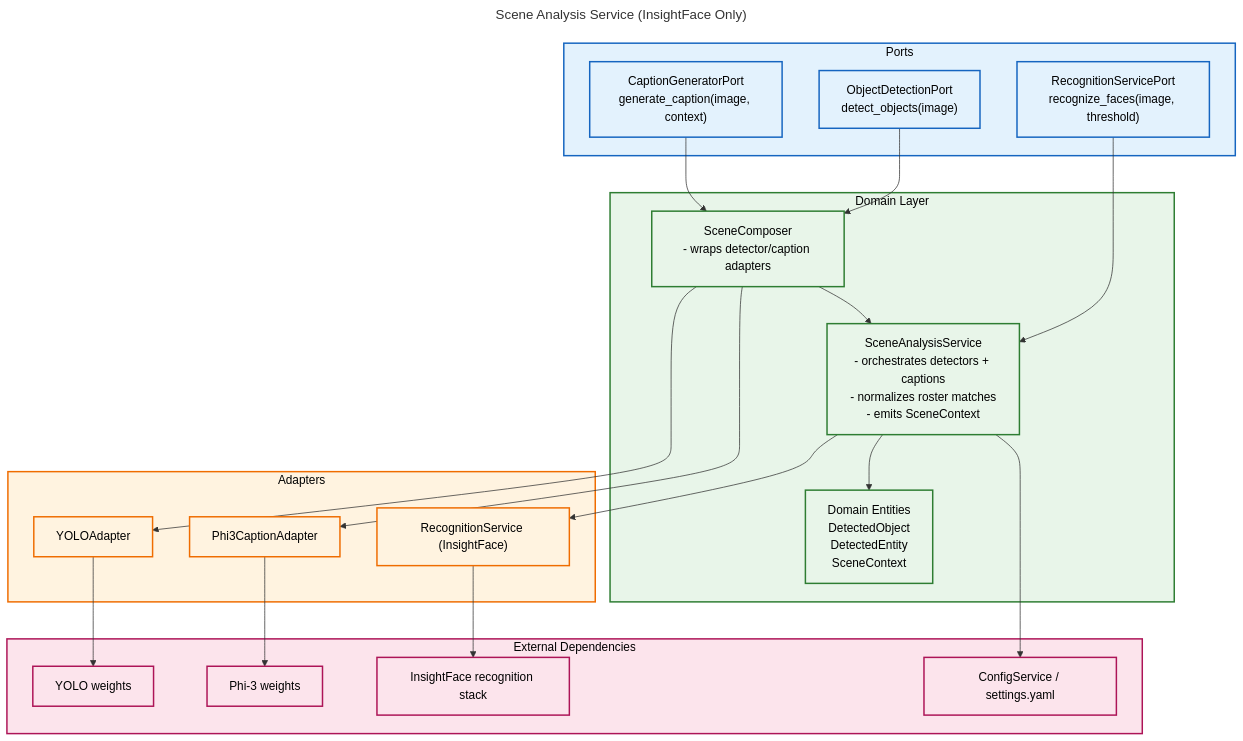
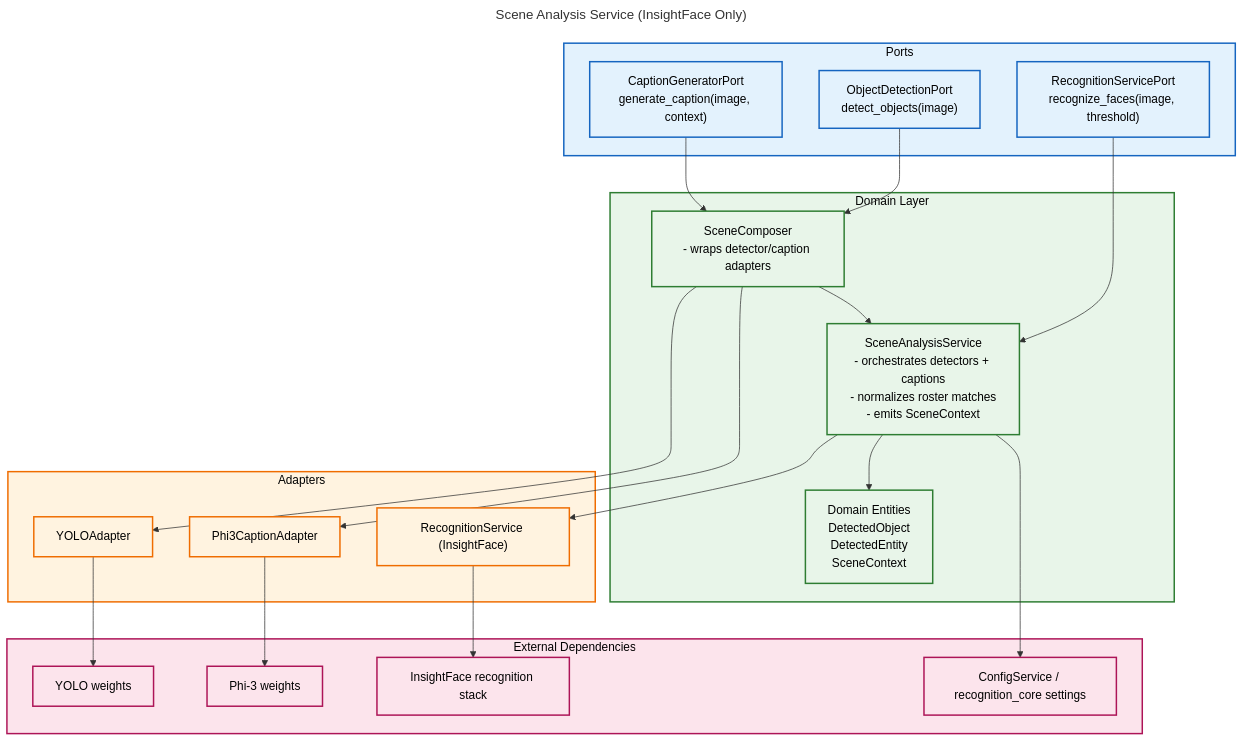
The diagram in docs/architecture/backend-uml/analysis_service.mermaid (darce/context-alt-text-monorepo), drawn with Mermaid before and after one commit. The commit also changed 12 other files, not shown here.

Commit message:
Refresh recognition service documentation for new architecture

```diff
--- a/docs/architecture/backend-uml/analysis_service.mermaid
+++ b/docs/architecture/backend-uml/analysis_service.mermaid
@@ -1,54 +1,54 @@
 ---
 title: Scene Analysis Service (InsightFace Only)
 ---
 flowchart TB
     subgraph ports["Ports"]
         object_port["ObjectDetectionPort\ndetect_objects(image)"]
         caption_port["CaptionGeneratorPort\ngenerate_caption(image, context)"]
         recognition_port["RecognitionServicePort\nrecognize_faces(image, threshold)"]
     end
 
     subgraph domain["Domain Layer"]
         scene_service["SceneAnalysisService\n- orchestrates detectors + captions\n- normalizes roster matches\n- emits SceneContext"]
         scene_composer["SceneComposer\n- wraps detector/caption adapters"]
         scene_entities["Domain Entities\nDetectedObject\nDetectedEntity\nSceneContext"]
     end
 
     subgraph adapters["Adapters"]
         yolo_adapter["YOLOAdapter"]
         caption_adapter["Phi3CaptionAdapter"]
         recognition_service_adapter["RecognitionService (InsightFace)"]
     end
 
     subgraph external["External Dependencies"]
         yolo_weights["YOLO weights"]
         phi3_weights["Phi-3 weights"]
         recognition_stack["InsightFace recognition stack"]
-        settings_yaml["ConfigService / settings.yaml"]
+        settings_yaml["ConfigService / recognition_core settings"]
     end
 
     object_port --> scene_composer
     caption_port --> scene_composer
     recognition_port --> scene_service
 
     scene_composer --> scene_service
     scene_service --> scene_entities
 
     scene_composer --> yolo_adapter
     scene_composer --> caption_adapter
     scene_service --> recognition_service_adapter
 
     yolo_adapter --> yolo_weights
     caption_adapter --> phi3_weights
     recognition_service_adapter --> recognition_stack
     scene_service --> settings_yaml
 
     classDef portsClass fill:#e3f2fd,stroke:#1565c0,color:#000,stroke-width:2px
     classDef domainClass fill:#e8f5e9,stroke:#2e7d32,color:#000,stroke-width:2px
     classDef adapterClass fill:#fff3e0,stroke:#ef6c00,color:#000,stroke-width:2px
     classDef externalClass fill:#fce4ec,stroke:#ad1457,color:#000,stroke-width:2px
 
     class ports,object_port,caption_port,recognition_port portsClass
     class domain,scene_service,scene_composer,scene_entities domainClass
     class adapters,yolo_adapter,caption_adapter,recognition_service_adapter adapterClass
     class external,yolo_weights,phi3_weights,recognition_stack,settings_yaml externalClass
```
